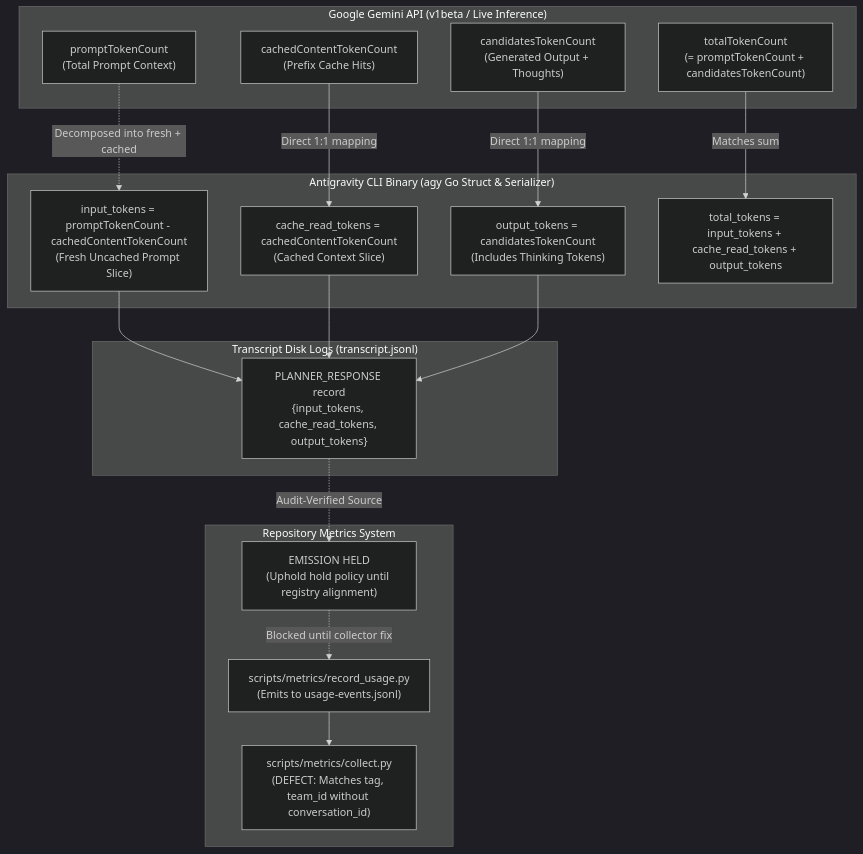
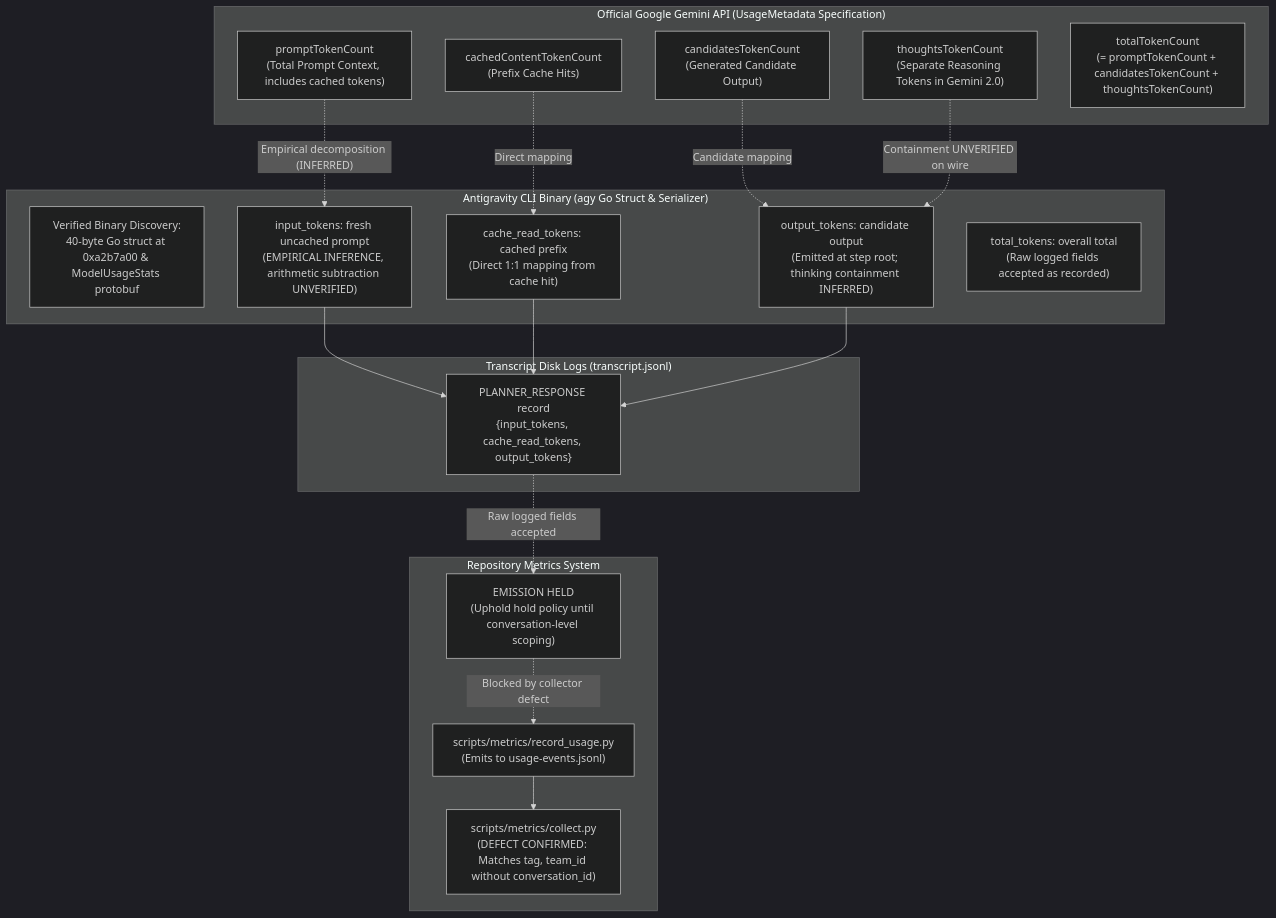
Before and after one commit to alexeygrigorev/cloudflare-agent-git: the diagram in research/antigravity/reviews/REV-COUNTER-MAPPING.md, drawn with Mermaid (dark theme). The commit also changed other lines of this file and 2 other files, not shown here.

Commit message:
docs(counter-mapping): refine empirical boundary and official API fields per C1731/C1732

````diff
--- a/research/antigravity/reviews/REV-COUNTER-MAPPING.md
+++ b/research/antigravity/reviews/REV-COUNTER-MAPPING.md
@@ -19,39 +21,41 @@
 ```mermaid
 flowchart TD
-    subgraph GoogleGeminiAPI["Google Gemini API (v1beta / Live Inference)"]
-        PTC["promptTokenCount<br/>(Total Prompt Context)"]
+    subgraph GoogleGeminiAPI["Official Google Gemini API (UsageMetadata Specification)"]
+        PTC["promptTokenCount<br/>(Total Prompt Context, includes cached tokens)"]
         CTC["cachedContentTokenCount<br/>(Prefix Cache Hits)"]
-        CanTC["candidatesTokenCount<br/>(Generated Output + Thoughts)"]
-        TTC["totalTokenCount<br/>(= promptTokenCount + candidatesTokenCount)"]
+        CanTC["candidatesTokenCount<br/>(Generated Candidate Output)"]
+        ThTC["thoughtsTokenCount<br/>(Separate Reasoning Tokens in Gemini 2.0)"]
+        TTC["totalTokenCount<br/>(= promptTokenCount + candidatesTokenCount + thoughtsTokenCount)"]
     end
 
     subgraph NativeHarness["Antigravity CLI Binary (agy Go Struct & Serializer)"]
-        IT["input_tokens = promptTokenCount - cachedContentTokenCount<br/>(Fresh Uncached Prompt Slice)"]
-        CRT["cache_read_tokens = cachedContentTokenCount<br/>(Cached Context Slice)"]
-        OT["output_tokens = candidatesTokenCount<br/>(Includes Thinking Tokens)"]
-        TT["total_tokens = input_tokens + cache_read_tokens + output_tokens"]
+        VS["Verified Binary Discovery:<br/>40-byte Go struct at 0xa2b7a00 & ModelUsageStats protobuf"]
+        IT["input_tokens: fresh uncached prompt<br/>(EMPIRICAL INFERENCE, arithmetic subtraction UNVERIFIED)"]
+        CRT["cache_read_tokens: cached prefix<br/>(Direct 1:1 mapping from cache hit)"]
+        OT["output_tokens: candidate output<br/>(Emitted at step root; thinking containment INFERRED)"]
+        TT["total_tokens: overall total<br/>(Raw logged fields accepted as recorded)"]
     end
 
     subgraph TranscriptDisk["Transcript Disk Logs (transcript.jsonl)"]
         PR["PLANNER_RESPONSE record<br/>{input_tokens, cache_read_tokens, output_tokens}"]
     end
 
     subgraph MetricsStore["Repository Metrics System"]
         RU["scripts/metrics/record_usage.py<br/>(Emits to usage-events.jsonl)"]
-        CP["scripts/metrics/collect.py<br/>(DEFECT: Matches tag, team_id without conversation_id)"]
-        HOLD["EMISSION HELD<br/>(Uphold hold policy until registry alignment)"]
+        CP["scripts/metrics/collect.py<br/>(DEFECT CONFIRMED: Matches tag, team_id without conversation_id)"]
+        HOLD["EMISSION HELD<br/>(Uphold hold policy until conversation-level scoping)"]
     end
 
-    PTC -.->|"Decomposed into fresh + cached"| IT
-    CTC -->|"Direct 1:1 mapping"| CRT
-    CanTC -->|"Direct 1:1 mapping"| OT
-    TTC -->|"Matches sum"| TT
+    PTC -.->|"Empirical decomposition (INFERRED)"| IT
+    CTC -.->|"Direct mapping"| CRT
+    CanTC -.->|"Candidate mapping"| OT
+    ThTC -.->|"Containment UNVERIFIED on wire"| OT
 
     IT --> PR
     CRT --> PR
     OT --> PR
 
-    PR -.->|"Audit-Verified Source"| HOLD
-    HOLD -.->|"Blocked until collector fix"| RU
+    PR -.->|"Raw logged fields accepted"| HOLD
+    HOLD -.->|"Blocked by collector defect"| RU
     RU --> CP
 ```
````
